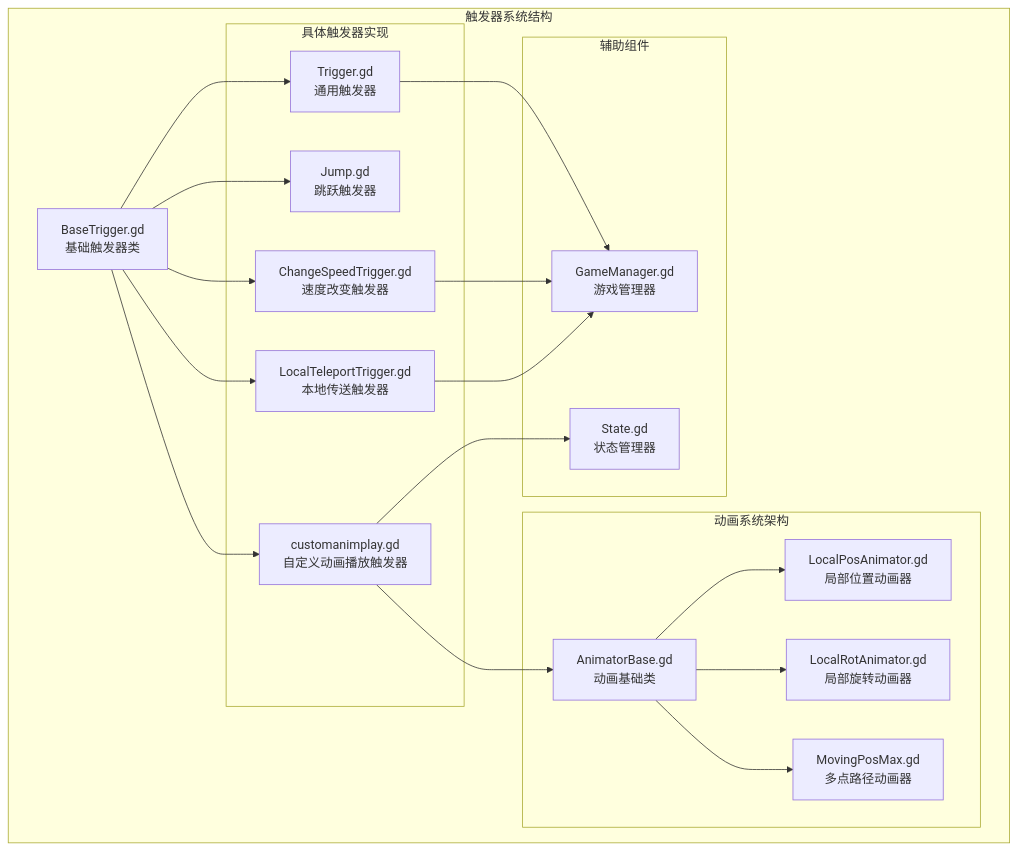
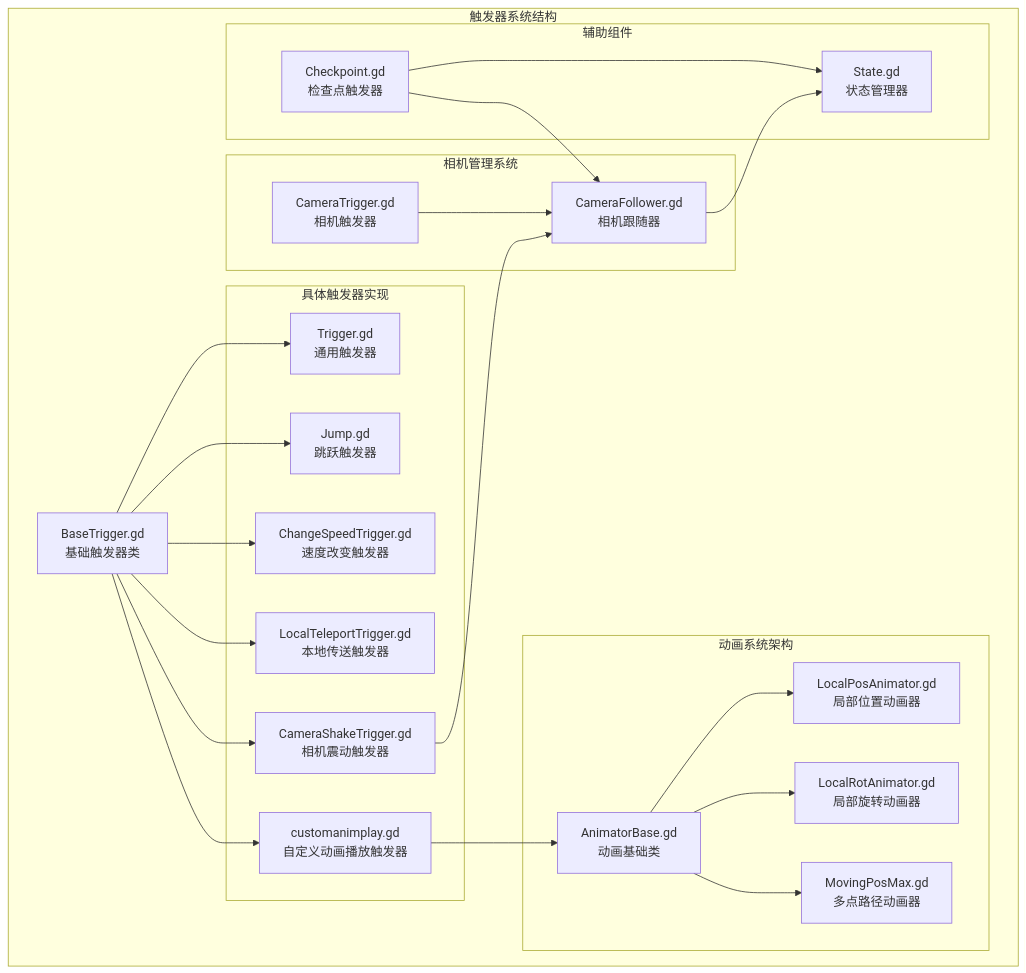
Before and after one commit to godotline/godot-line: the first of 12 diagrams in .qoder/repowiki/zh/content/Base Trigger.md, drawn with Mermaid. The commit also changed other lines of this file and 13 other files, not shown here.

````diff
--- a/.qoder/repowiki/zh/content/Base Trigger.md
+++ b/.qoder/repowiki/zh/content/Base Trigger.md
@@ -55,36 +58,43 @@
 ```mermaid
 graph TB
 subgraph "触发器系统结构"
 BT[BaseTrigger.gd<br/>基础触发器类]
 subgraph "具体触发器实现"
 TR[Trigger.gd<br/>通用触发器]
 JP[Jump.gd<br/>跳跃触发器]
 CST[ChangeSpeedTrigger.gd<br/>速度改变触发器]
 LTT[LocalTeleportTrigger.gd<br/>本地传送触发器]
 CAP[customanimplay.gd<br/>自定义动画播放触发器]
+CSTG[CameraShakeTrigger.gd<br/>相机震动触发器]
 end
 subgraph "动画系统架构"
 AB[AnimatorBase.gd<br/>动画基础类]
 LPA[LocalPosAnimator.gd<br/>局部位置动画器]
 LRA[LocalRotAnimator.gd<br/>局部旋转动画器]
 MPM[MovingPosMax.gd<br/>多点路径动画器]
 end
+subgraph "相机管理系统"
+CF[CameraFollower.gd<br/>相机跟随器]
+CT[CameraTrigger.gd<br/>相机触发器]
+end
 subgraph "辅助组件"
-GM[GameManager.gd<br/>游戏管理器]
 ST[State.gd<br/>状态管理器]
+CP[Checkpoint.gd<br/>检查点触发器]
 end
 end
 BT --> TR
 BT --> JP
 BT --> CST
 BT --> LTT
 BT --> CAP
+BT --> CSTG
 CAP --> AB
 AB --> LPA
 AB --> LRA
 AB --> MPM
-TR --> GM
-CST --> GM
-LTT --> GM
-CAP --> ST
+CSTG --> CF
+CT --> CF
+CF --> ST
+CP --> CF
+CP --> ST
 ```
````
